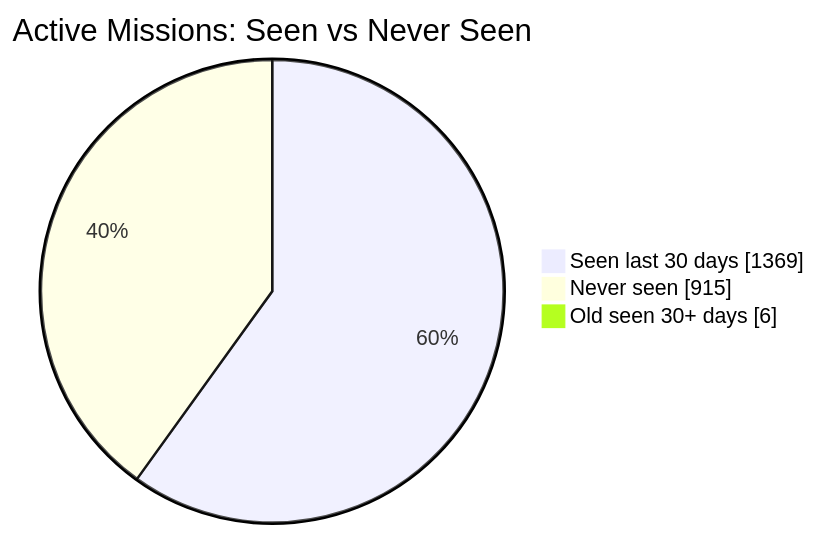
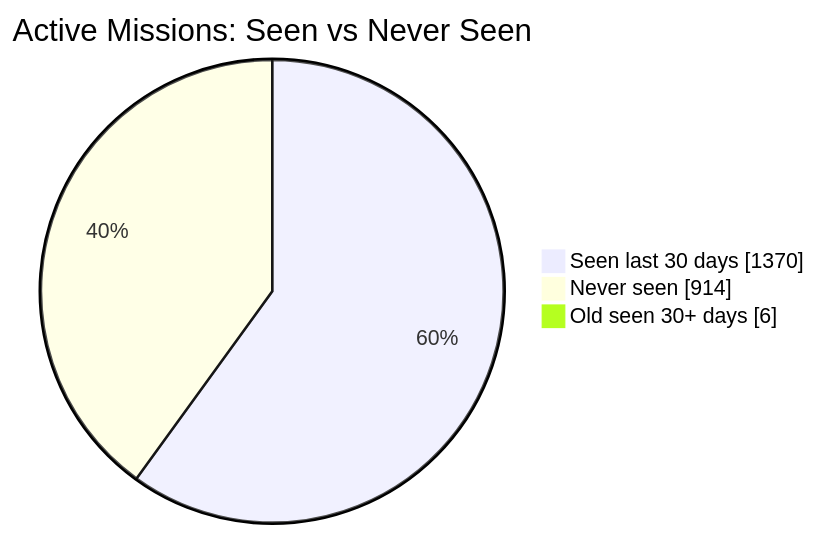
The first of 2 diagrams in README.md (MeldkamerspelGameTeam/active-missions), drawn with Mermaid before and after one commit. The commit also changed other lines of this file and 2 other files, not shown here.

````diff
--- a/README.md
+++ b/README.md
@@ -34,7 +34,7 @@
 ```mermaid
 pie showData
     title Active Missions: Seen vs Never Seen
-    "Seen last 30 days" : 1369
-    "Never seen" : 915
+    "Seen last 30 days" : 1370
+    "Never seen" : 914
     "Old seen 30+ days" : 6
 ```
````
